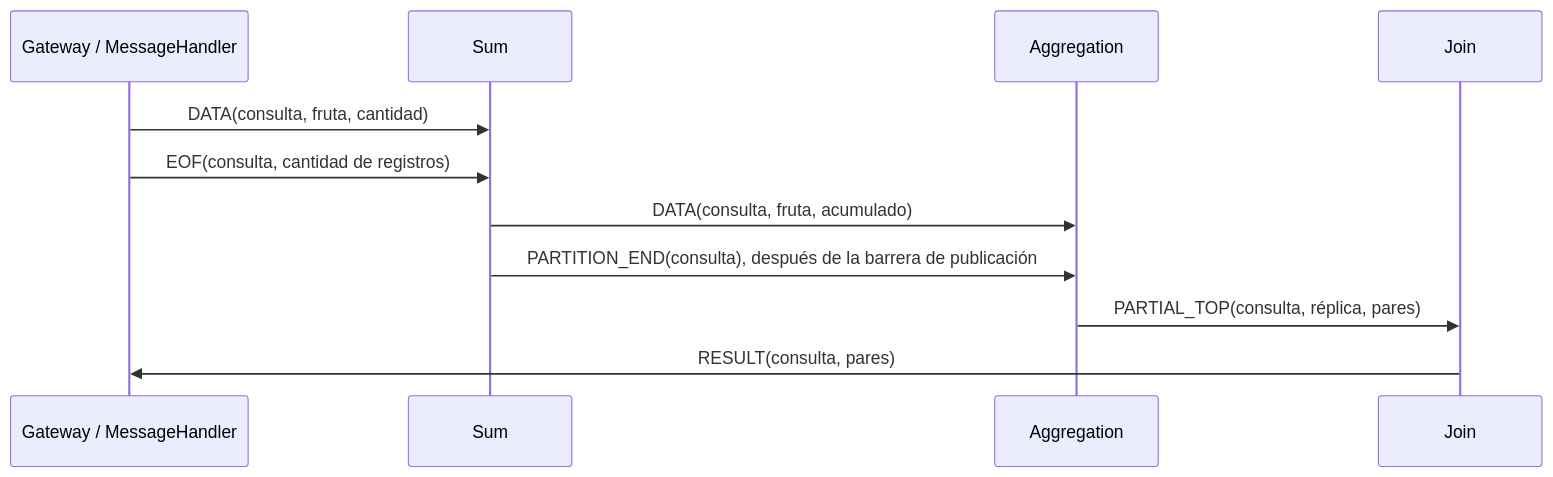
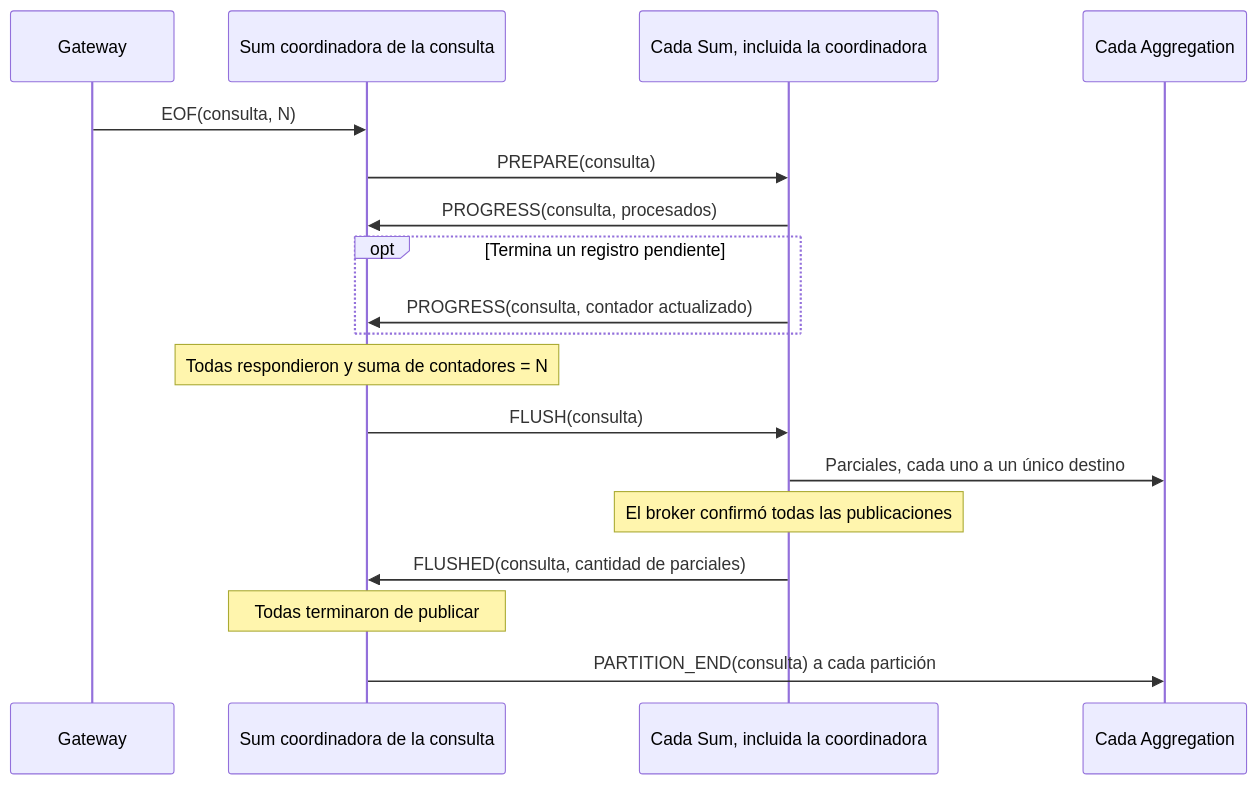
The first of 2 diagrams in INFORME.md (franguardia12/tp-coordinacion), drawn with Mermaid before and after one commit. The commit also changed other lines of this file, not shown here.

Commit message:
docs: update documentation to enhance clarity on Sum and Aggregation coordination and scalability

````diff
--- a/INFORME.md
+++ b/INFORME.md
@@ -43,13 +47,20 @@
 ```mermaid
 sequenceDiagram
-    participant G as Gateway / MessageHandler
-    participant S as Sum
-    participant A as Aggregation
-    participant J as Join
-    G->>S: DATA(consulta, fruta, cantidad)
-    G->>S: EOF(consulta, cantidad de registros)
-    S->>A: DATA(consulta, fruta, acumulado)
-    S->>A: PARTITION_END(consulta), después de la barrera de publicación
-    A->>J: PARTIAL_TOP(consulta, réplica, pares)
-    J->>G: RESULT(consulta, pares)
+    participant G as Gateway
+    participant C as Sum coordinadora de la consulta
+    participant S as Cada Sum, incluida la coordinadora
+    participant A as Cada Aggregation
+    G->>C: EOF(consulta, N)
+    C->>S: PREPARE(consulta)
+    S->>C: PROGRESS(consulta, procesados)
+    opt Termina un registro pendiente
+        S->>C: PROGRESS(consulta, contador actualizado)
+    end
+    Note over C: Todas respondieron y suma de contadores = N
+    C->>S: FLUSH(consulta)
+    S->>A: Parciales, cada uno a un único destino
+    Note over S: El broker confirmó todas las publicaciones
+    S->>C: FLUSHED(consulta, cantidad de parciales)
+    Note over C: Todas terminaron de publicar
+    C->>A: PARTITION_END(consulta) a cada partición
 ```
````
